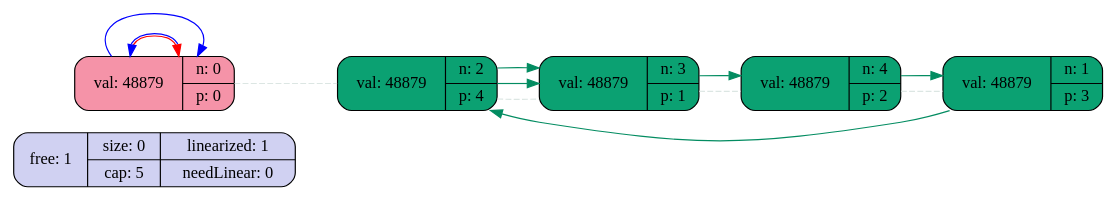
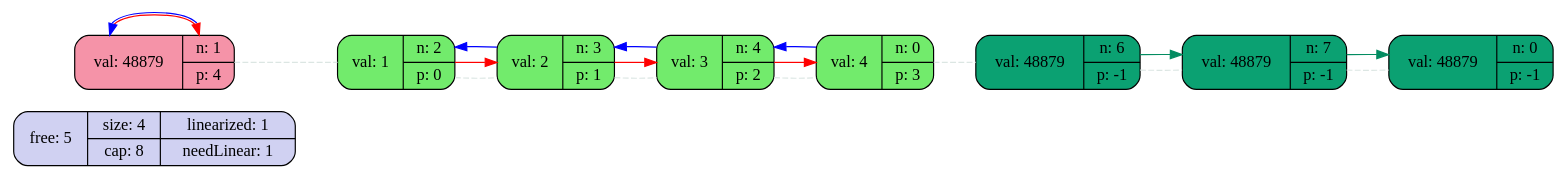
The diagram in temp.dot (ThreadJava800/LinkedList), drawn with Graphviz before and after one commit. The commit also changed 6 other files, not shown here.

```diff
--- a/temp.dot
+++ b/temp.dot
@@ -1,16 +1,21 @@
 digraph structs {
 	rankdir=LR;
-	info[shape=record, style="rounded, filled", fillcolor="#d0d1f2", label="{{free: 1} |                     {size: 0 | cap: 5} | {linearized: 1 |needLinear: 0} }"];
-	label0[shape=record, style="rounded, filled", fillcolor="#f593a8", label="{val: 48879 | {n: 0 | p: 0} }"];
-	label1[shape=record, style="rounded, filled", fillcolor="#0ba172", label="{val: 48879 | {n: 2 | p: 4} }"];
-	label2[shape=record, style="rounded, filled", fillcolor="#0ba172", label="{val: 48879 | {n: 3 | p: 1} }"];
-	label3[shape=record, style="rounded, filled", fillcolor="#0ba172", label="{val: 48879 | {n: 4 | p: 2} }"];
-	label4[shape=record, style="rounded, filled", fillcolor="#0ba172", label="{val: 48879 | {n: 1 | p: 3} }"];
-	label0->label1 [color="#dce6e3", style="dashed",arrowhead="none"]	label1->label2 [color="#dce6e3", style="dashed",arrowhead="none"]	label2->label3 [color="#dce6e3", style="dashed",arrowhead="none"]	label3->label4 [color="#dce6e3", style="dashed",arrowhead="none"]	label0->label0 [dir=both, color="red:blue"]
-	label0->label0 [color="blue"]
-	label1->label2 [color="#038c61"]
-	label2->label3 [color="#038c61"]
-	label3->label4 [color="#038c61"]
-	label4->label1 [color="#038c61"]
-	label1->label2 [color="#038c61"]
+	info[shape=record, style="rounded, filled", fillcolor="#d0d1f2", label="{{free: 5} |                     {size: 4 | cap: 8} | {linearized: 1 |needLinear: 1} }"];
+	label0[shape=record, style="rounded, filled", fillcolor="#f593a8", label="{val: 48879 | {n: 1 | p: 4} }"];
+	label1[shape=record, style="rounded, filled", fillcolor="#72eb6c", label="{val: 1 | {n: 2 | p: 0} }"];
+	label2[shape=record, style="rounded, filled", fillcolor="#72eb6c", label="{val: 2 | {n: 3 | p: 1} }"];
+	label3[shape=record, style="rounded, filled", fillcolor="#72eb6c", label="{val: 3 | {n: 4 | p: 2} }"];
+	label4[shape=record, style="rounded, filled", fillcolor="#72eb6c", label="{val: 4 | {n: 0 | p: 3} }"];
+	label5[shape=record, style="rounded, filled", fillcolor="#0ba172", label="{val: 48879 | {n: 6 | p: -1} }"];
+	label6[shape=record, style="rounded, filled", fillcolor="#0ba172", label="{val: 48879 | {n: 7 | p: -1} }"];
+	label7[shape=record, style="rounded, filled", fillcolor="#0ba172", label="{val: 48879 | {n: 0 | p: -1} }"];
+	label0->label1 [color="#dce6e3", style="dashed",arrowhead="none"]	label1->label2 [color="#dce6e3", style="dashed",arrowhead="none"]	label2->label3 [color="#dce6e3", style="dashed",arrowhead="none"]	label3->label4 [color="#dce6e3", style="dashed",arrowhead="none"]	label4->label5 [color="#dce6e3", style="dashed",arrowhead="none"]	label5->label6 [color="#dce6e3", style="dashed",arrowhead="none"]	label6->label7 [color="#dce6e3", style="dashed",arrowhead="none"]	label0->label0 [dir=both, color="red:blue"]
+	label1->label2 [color="red"]
+	label2->label3 [color="red"]
+	label2->label1 [color="blue"]
+	label3->label4 [color="red"]
+	label3->label2 [color="blue"]
+	label4->label3 [color="blue"]
+	label5->label6 [color="#038c61"]
+	label6->label7 [color="#038c61"]
 }
```
